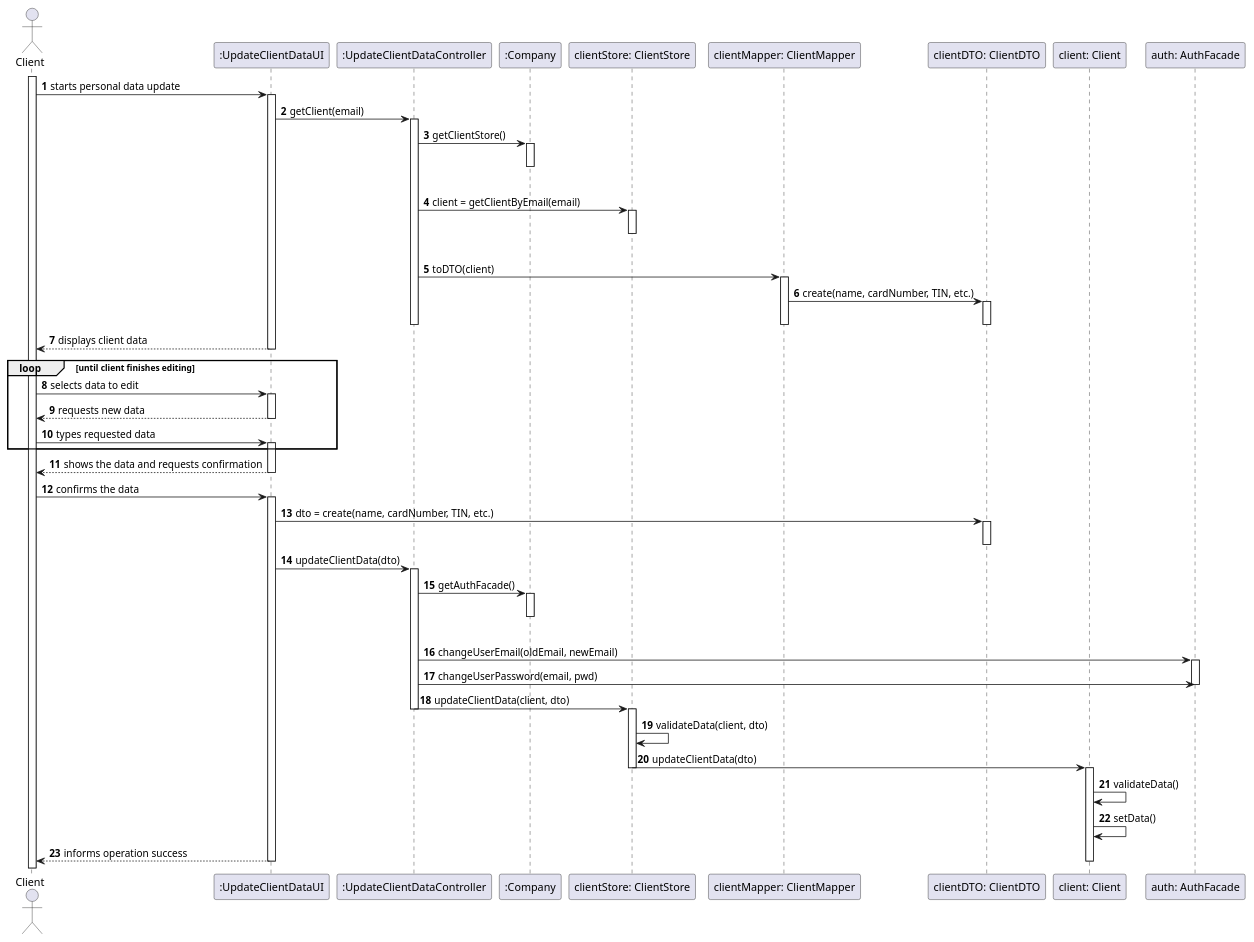
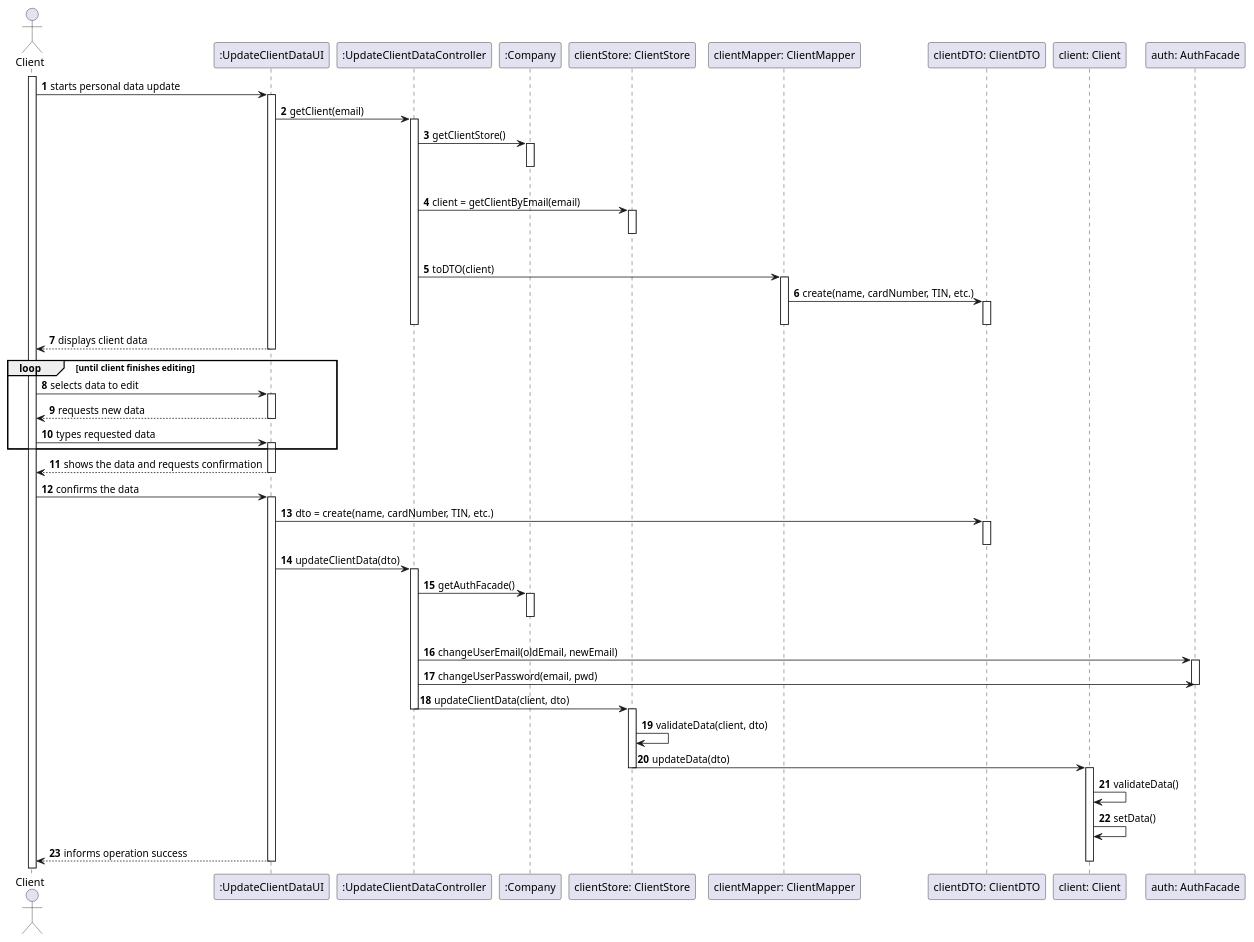
The diagram in docs/SprintD/US2/US2_SD.puml (MadDinosaur/ISEP-LAPR2), drawn with PlantUML before and after one commit. The commit also changed 3 other files, not shown here.

```diff
--- a/docs/SprintD/US2/US2_SD.puml
+++ b/docs/SprintD/US2/US2_SD.puml
@@ -1,75 +1,75 @@
 @startuml
 autonumber
 
 actor Client as cli
 participant ":UpdateClientDataUI" as ui
 participant ":UpdateClientDataController" as controller
 participant ":Company" as company
 participant "clientStore: ClientStore" as cstore
 participant "clientMapper: ClientMapper" as cmapper
 participant "clientDTO: ClientDTO" as dto
 participant "client: Client" as client
 participant "auth: AuthFacade" as auth
 
 
 activate cli
 cli -> ui : starts personal data update
 activate ui
 ui -> controller : getClient(email)
 activate controller
 controller -> company : getClientStore()
 activate company
 |||
 deactivate company
 controller -> cstore : client = getClientByEmail(email)
 activate cstore
 |||
 deactivate cstore
 controller -> cmapper : toDTO(client)
 activate cmapper
 cmapper -> dto : create(name, cardNumber, TIN, etc.)
 activate dto
 deactivate dto
 deactivate cmapper
 deactivate controller
 ui --> cli : displays client data
 deactivate ui
 loop until client finishes editing
 cli -> ui :  selects data to edit
 activate ui
 ui --> cli : requests new data
 deactivate ui
 cli -> ui :  types requested data
 activate ui
 end loop
 activate ui
 ui --> cli : shows the data and requests confirmation
 deactivate ui
 cli -> ui :  confirms the data
 activate ui
 ui -> dto: dto = create(name, cardNumber, TIN, etc.)
 activate dto
 deactivate dto
 ui -> controller: updateClientData(dto)
 activate controller
 controller -> company: getAuthFacade()
 activate company
 |||
 deactivate company
 controller -> auth: changeUserEmail(oldEmail, newEmail)
 activate auth
 controller -> auth: changeUserPassword(email, pwd)
 deactivate auth
 controller -> cstore: updateClientData(client, dto)
 deactivate controller
 activate cstore
 cstore -> cstore : validateData(client, dto)
-cstore -> client : updateClientData(dto)
+cstore -> client : updateData(dto)
 deactivate cstore
 activate client
 client -> client : validateData()
 client -> client : setData()
 ui --> cli : informs operation success
 deactivate client
 deactivate ui
 @enduml
```
